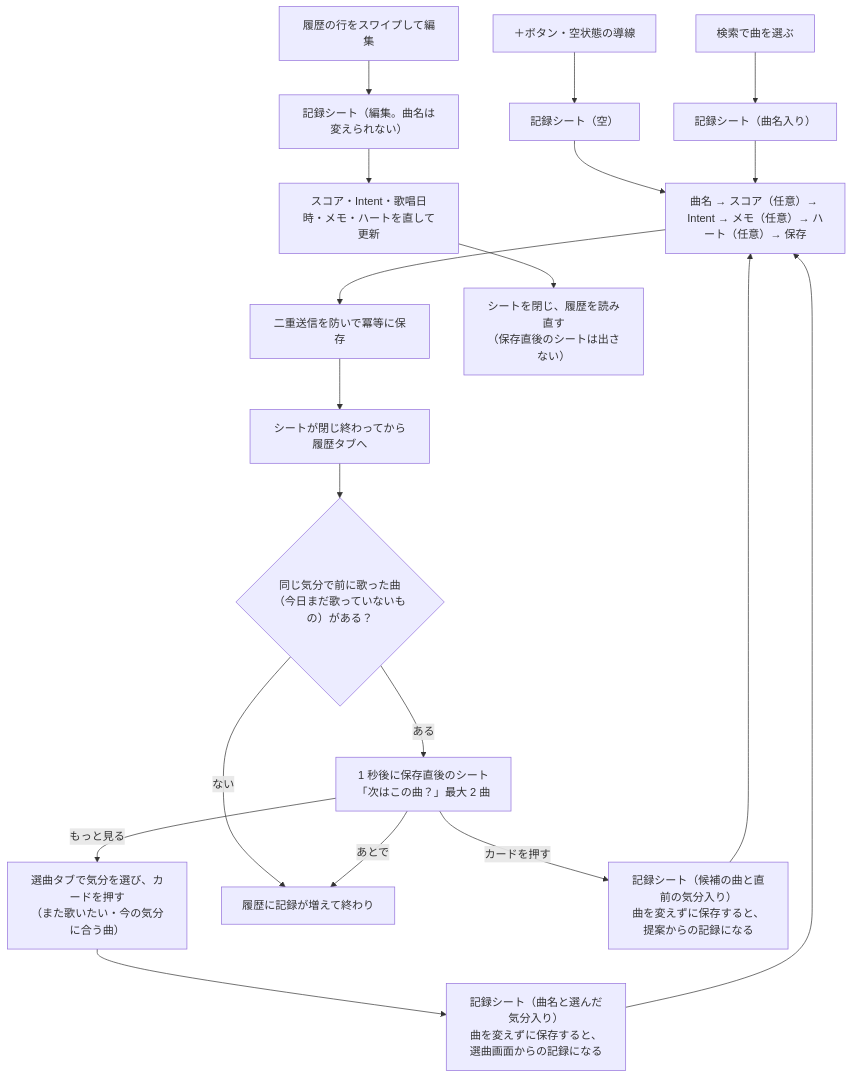
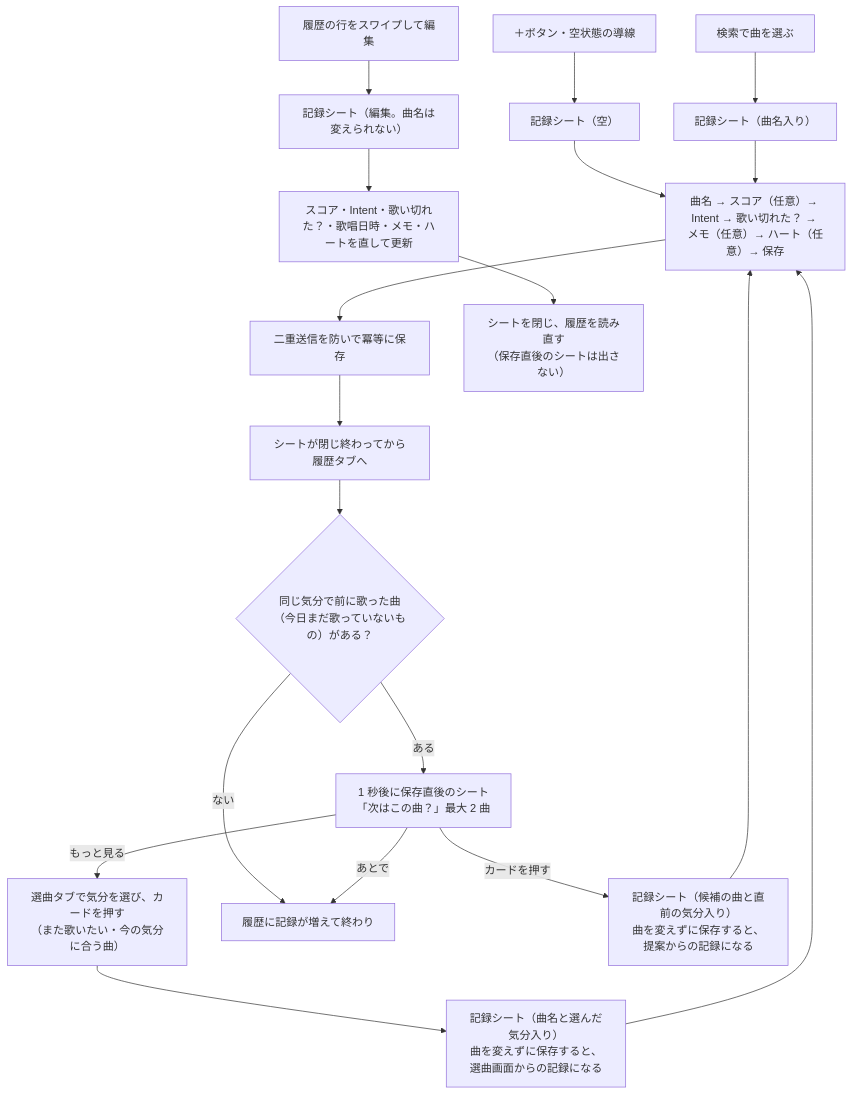
One commit to omomi-moti/Karaoke_support changed the fourth of 4 diagrams in docs/architecture.md. Above: the diagram before and after it, drawn with Mermaid. The commit also changed 6 other files, not shown here.

````diff
--- a/docs/architecture.md
+++ b/docs/architecture.md
@@ -217,23 +217,23 @@
 ```mermaid
 flowchart TD
     P["＋ボタン・空状態の導線"] --> S1["記録シート（空）"]
     R["検索で曲を選ぶ"] --> S2["記録シート（曲名入り）"]
     SEL["選曲タブで気分を選び、カードを押す<br>（また歌いたい・今の気分に合う曲）"] --> S5["記録シート（曲名と選んだ気分入り）<br>曲を変えずに保存すると、選曲画面からの記録になる"]
     E["履歴の行をスワイプして編集"] --> S3["記録シート（編集。曲名は変えられない）"]
 
-    S1 --> IN["曲名 → スコア（任意）→ Intent → メモ（任意）→ ハート（任意）→ 保存"]
+    S1 --> IN["曲名 → スコア（任意）→ Intent → 歌い切れた？ → メモ（任意）→ ハート（任意）→ 保存"]
     S2 --> IN
     IN --> SAVE["二重送信を防いで冪等に保存"]
     SAVE --> CLOSE["シートが閉じ終わってから履歴タブへ"]
     CLOSE --> Q{"同じ気分で前に歌った曲<br>（今日まだ歌っていないもの）がある？"}
     Q -->|ある| AS["1 秒後に保存直後のシート<br>「次はこの曲？」最大 2 曲"]
     Q -->|ない| END["履歴に記録が増えて終わり"]
     AS -->|カードを押す| S4["記録シート（候補の曲と直前の気分入り）<br>曲を変えずに保存すると、提案からの記録になる"]
     AS -->|あとで| END
     AS -->|もっと見る| SEL
     S4 --> IN
     S5 --> IN
 
-    S3 --> UP["スコア・Intent・歌唱日時・メモ・ハートを直して更新"]
+    S3 --> UP["スコア・Intent・歌い切れた？・歌唱日時・メモ・ハートを直して更新"]
     UP --> CLOSE2["シートを閉じ、履歴を読み直す<br>（保存直後のシートは出さない）"]
 ```
````
